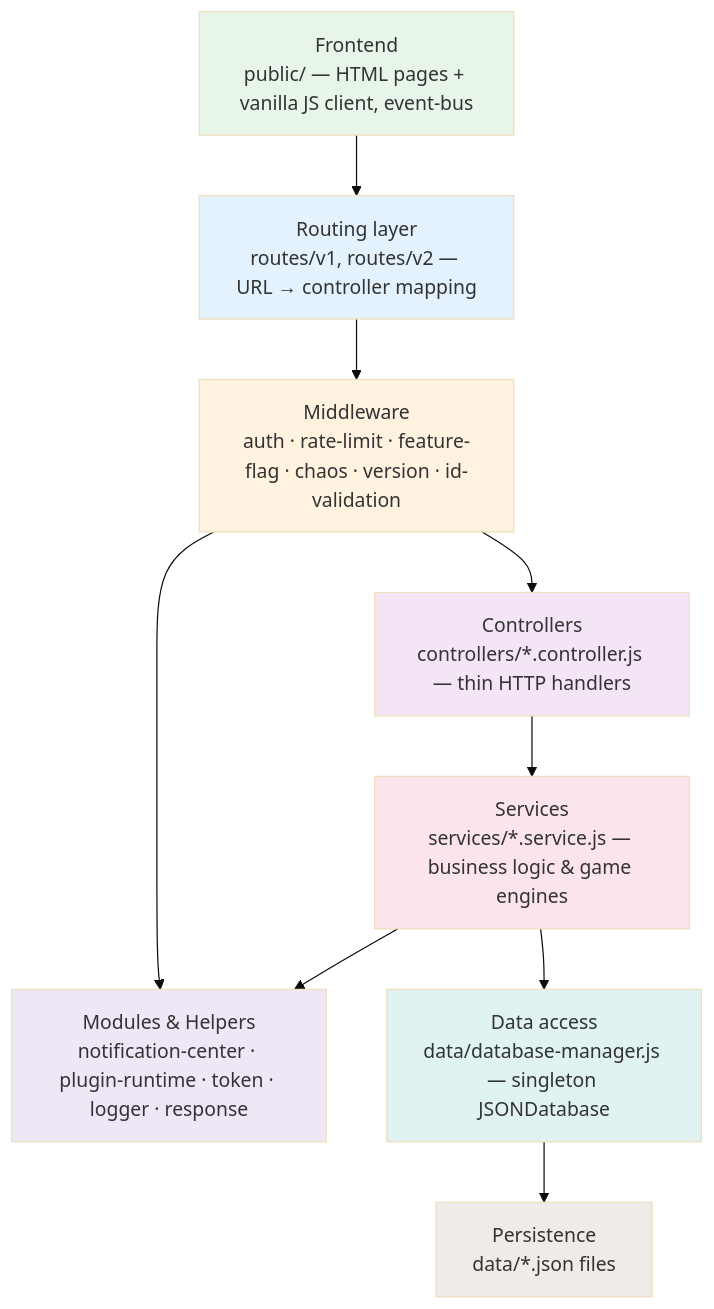
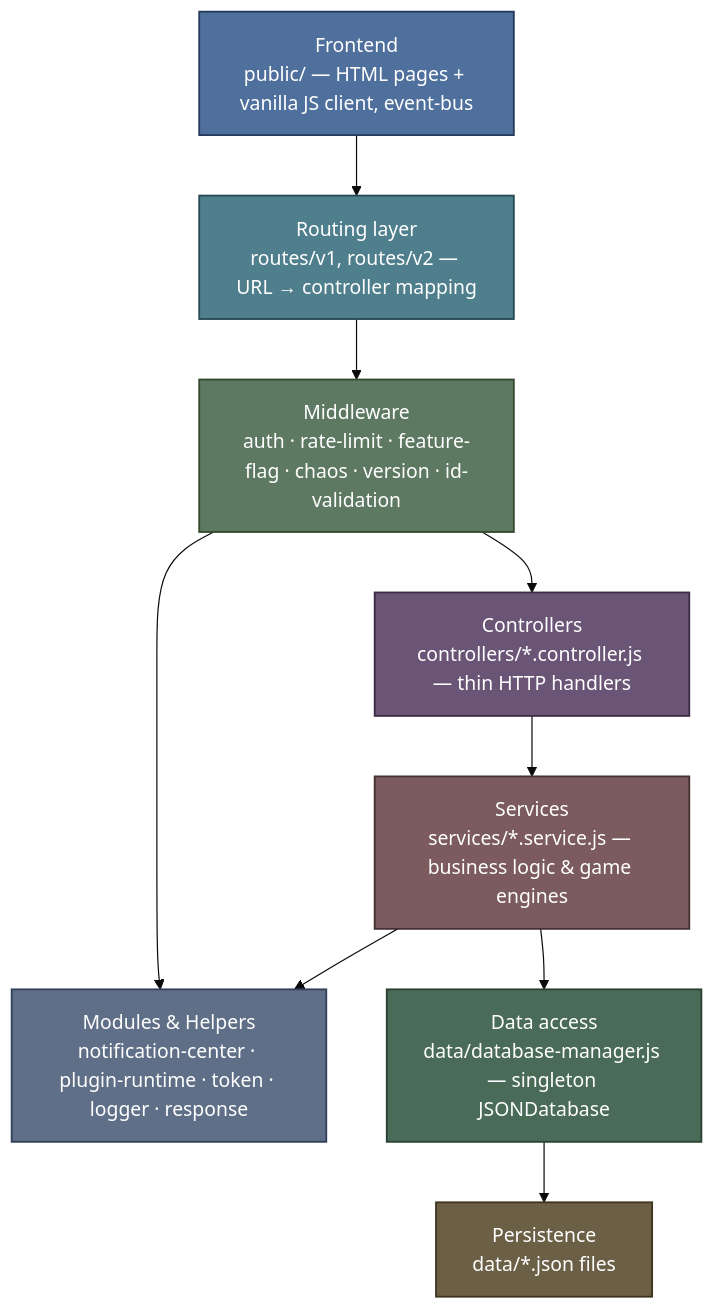
One commit to jaktestowac/rolnopol changed the second of 13 diagrams in ARCHITECTURE.md. Above: the diagram before and after it, drawn with Mermaid (base theme). The commit also changed other lines of this file and 4 other files, not shown here.

Commit message:
style(architecture): update diagram styles for clarity

````diff
--- a/ARCHITECTURE.md
+++ b/ARCHITECTURE.md
@@ -69,25 +69,25 @@
 ```mermaid
 graph TD
     A["Frontend<br/>public/ — HTML pages + vanilla JS client, event-bus"]
     B["Routing layer<br/>routes/v1, routes/v2 — URL → controller mapping"]
     C["Middleware<br/>auth · rate-limit · feature-flag · chaos · version · id-validation"]
     D["Controllers<br/>controllers/*.controller.js — thin HTTP handlers"]
     E["Services<br/>services/*.service.js — business logic & game engines"]
     F["Modules & Helpers<br/>notification-center · plugin-runtime · token · logger · response"]
     G["Data access<br/>data/database-manager.js — singleton JSONDatabase"]
     H["Persistence<br/>data/*.json files"]
 
     A --> B --> C --> D --> E
     E --> F
     E --> G --> H
     C --> F
 
-    style A fill:#e8f5e9
-    style B fill:#e3f2fd
-    style C fill:#fff3e0
-    style D fill:#f3e5f5
-    style E fill:#fce4ec
-    style F fill:#ede7f6
-    style G fill:#e0f2f1
-    style H fill:#efebe9
+    style A fill:#4f709c,stroke:#24395b,color:#ffffff,stroke-width:1.5px
+    style B fill:#4f7f8c,stroke:#264952,color:#ffffff,stroke-width:1.5px
+    style C fill:#5e7962,stroke:#34482d,color:#ffffff,stroke-width:1.5px
+    style D fill:#6a5576,stroke:#3b2b46,color:#ffffff,stroke-width:1.5px
+    style E fill:#7b5b5d,stroke:#442f31,color:#ffffff,stroke-width:1.5px
+    style F fill:#5f6f87,stroke:#323f59,color:#ffffff,stroke-width:1.5px
+    style G fill:#4a6b58,stroke:#27402f,color:#ffffff,stroke-width:1.5px
+    style H fill:#6b5f46,stroke:#3d331f,color:#ffffff,stroke-width:1.5px
 ```
````
